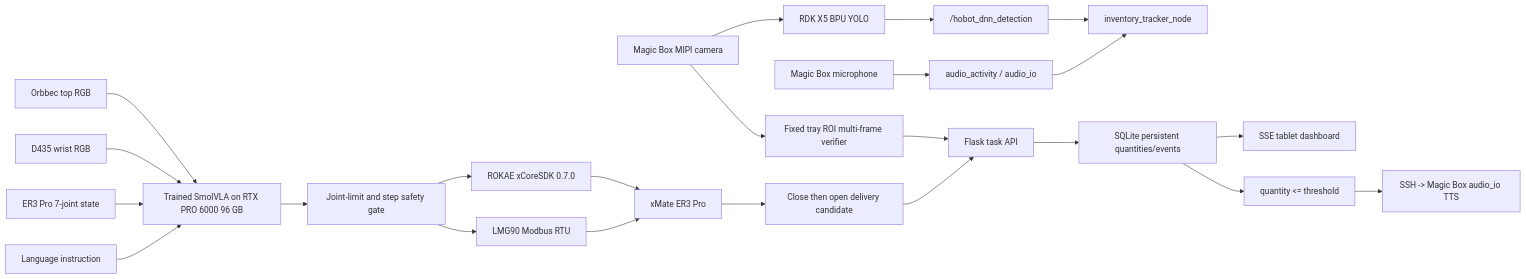
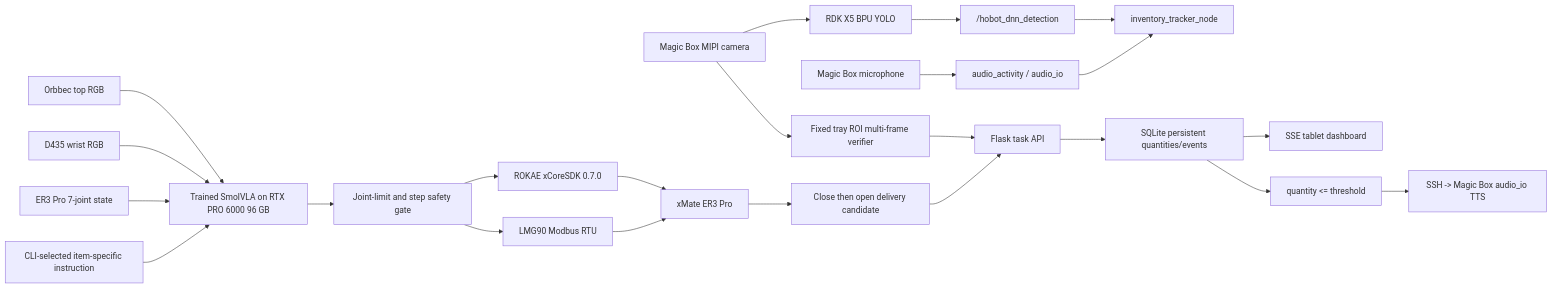
Before and after one commit to Ethan-Chen-plus/rdk-x5-smart-inventory-robot: the diagram in docs/ARCHITECTURE.md, drawn with Mermaid. The commit also changed other lines of this file and 28 other files, not shown here.

````diff
--- a/docs/ARCHITECTURE.md
+++ b/docs/ARCHITECTURE.md
@@ -8,27 +8,27 @@
 ```mermaid
 flowchart LR
     MIPI["Magic Box MIPI camera"] --> YOLO["RDK X5 BPU YOLO"]
     YOLO --> DET["/hobot_dnn_detection"]
     MIC["Magic Box microphone"] --> AUDIO["audio_activity / audio_io"]
     DET --> RDKSTATE["inventory_tracker_node"]
     AUDIO --> RDKSTATE
 
     TOP["Orbbec top RGB"] --> VLA["Trained SmolVLA on RTX PRO 6000 96 GB"]
     WRIST["D435 wrist RGB"] --> VLA
     ARMSTATE["ER3 Pro 7-joint state"] --> VLA
-    TASK["Language instruction"] --> VLA
+    TASK["CLI-selected item-specific instruction"] --> VLA
     VLA --> GATE["Joint-limit and step safety gate"]
     GATE --> XCORE["ROKAE xCoreSDK 0.7.0"]
     GATE --> MODBUS["LMG90 Modbus RTU"]
     XCORE --> ARM["xMate ER3 Pro"]
     MODBUS --> ARM
 
     ARM --> DONE["Close then open delivery candidate"]
     DONE --> API["Flask task API"]
     MIPI --> ROI["Fixed tray ROI multi-frame verifier"]
     ROI --> API
     API --> DB["SQLite persistent quantities/events"]
     DB --> SSE["SSE tablet dashboard"]
     DB --> RULE["quantity <= threshold"]
     RULE --> TTS["SSH -> Magic Box audio_io TTS"]
 ```
````
